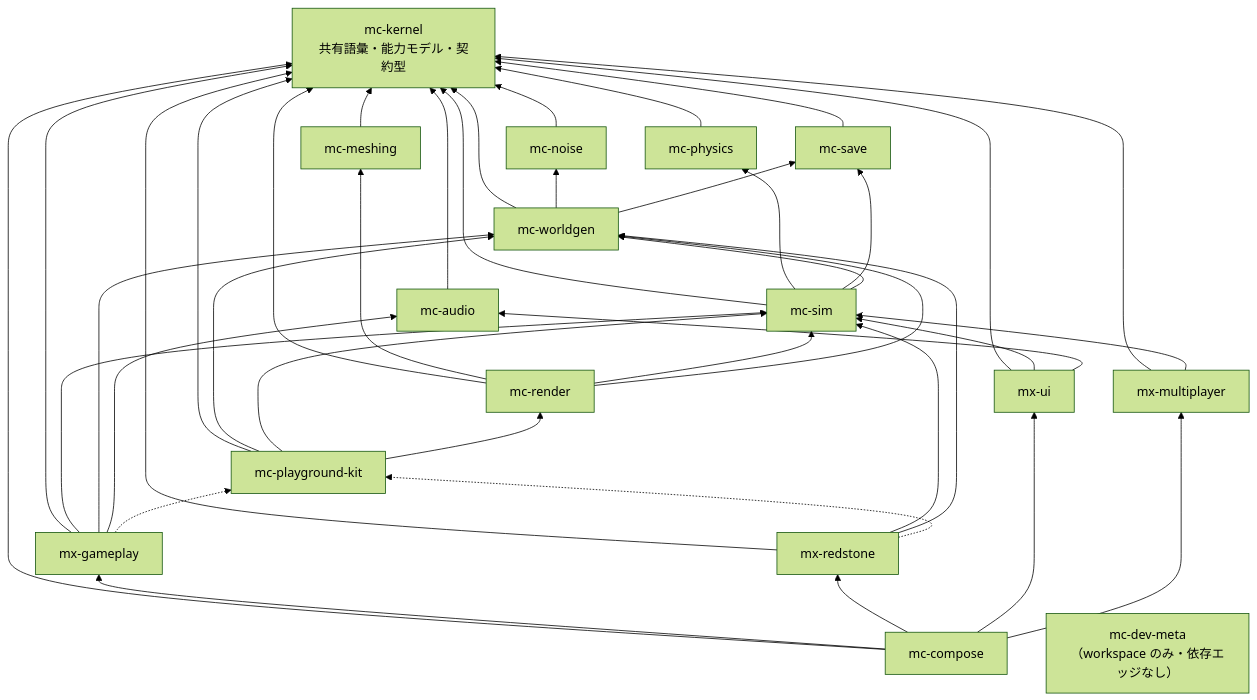
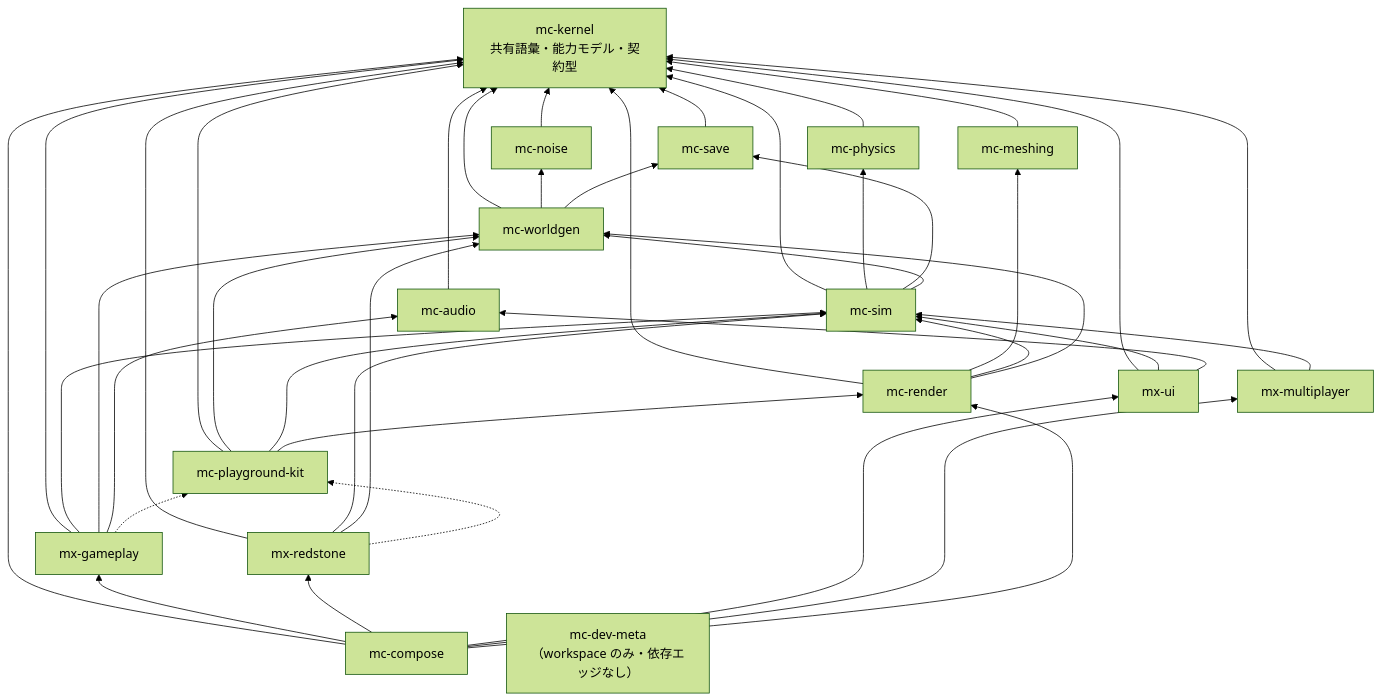
The diagram in docs/architecture.md (nerima-games/mc-kernel), drawn with Mermaid (forest theme) before and after one commit. The commit also changed other lines of this file and 8 other files, not shown here.

````diff
--- a/docs/architecture.md
+++ b/docs/architecture.md
@@ -24,68 +24,69 @@
 ```mermaid
 graph BT
   kernel["mc-kernel<br/>共有語彙・能力モデル・契約型"]
   noise["mc-noise"]
   meshing["mc-meshing"]
   physics["mc-physics"]
   save["mc-save"]
   audio["mc-audio"]
   worldgen["mc-worldgen"]
   sim["mc-sim"]
   render["mc-render"]
   kit["mc-playground-kit"]
   gameplay["mx-gameplay"]
   redstone["mx-redstone"]
   ui["mx-ui"]
   multiplayer["mx-multiplayer"]
   compose["mc-compose"]
   meta["mc-dev-meta<br/>（workspace のみ・依存エッジなし）"]
 
   noise --> kernel
   meshing --> kernel
   physics --> kernel
   save --> kernel
   audio --> kernel
 
   worldgen --> kernel
   worldgen --> noise
   worldgen --> save
 
   sim --> kernel
   sim --> physics
   sim --> save
   sim --> worldgen
 
   render --> kernel
   render --> meshing
   render --> sim
   render --> worldgen
 
   kit --> kernel
   kit --> worldgen
   kit --> sim
   kit --> render
 
   gameplay --> kernel
   gameplay --> sim
   gameplay --> worldgen
   gameplay --> audio
   gameplay -.-> kit
 
   redstone --> kernel
   redstone --> sim
   redstone --> worldgen
   redstone -.-> kit
 
   ui --> kernel
   ui --> sim
   ui --> audio
 
   multiplayer --> kernel
   multiplayer --> sim
 
   compose --> kernel
   compose --> gameplay
   compose --> redstone
   compose --> ui
   compose --> multiplayer
+  compose --> render
 ```
````
